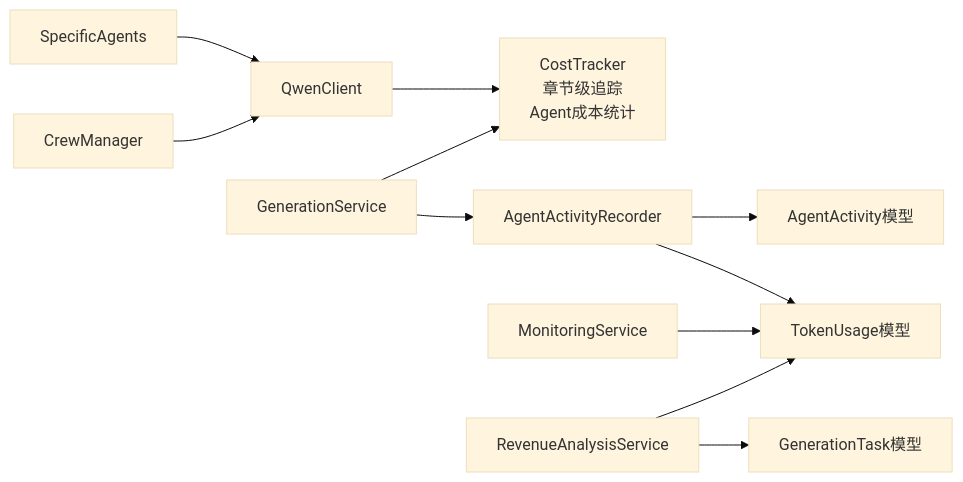
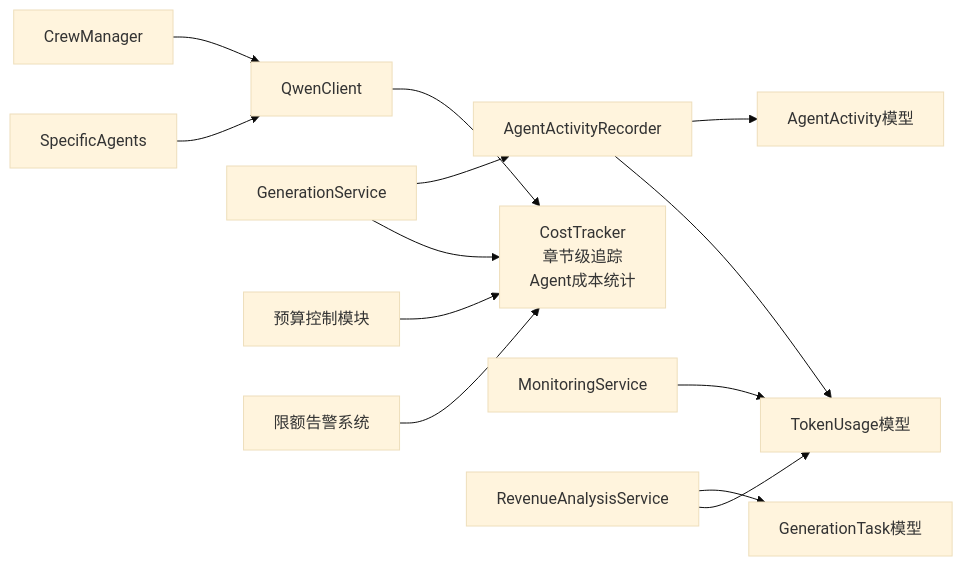
Before and after one commit to xfbyxq/ai-novel-system: the tenth of 10 diagrams in .qoder/repowiki/zh/content/LLM集成架构/成本追踪系统.md, drawn with Mermaid (base theme). The commit also changed other lines of this file and 1 other file, not shown here.

First line of the commit message:
feat(cost-control): 新增预算控制与限额告警系统设计

````diff
--- a/.qoder/repowiki/zh/content/LLM集成架构/成本追踪系统.md
+++ b/.qoder/repowiki/zh/content/LLM集成架构/成本追踪系统.md
@@ -462,13 +553,15 @@
 ```mermaid
 graph LR
 SpecificAgents["SpecificAgents"] --> QwenClient["QwenClient"]
 CrewManager["CrewManager"] --> QwenClient
 QwenClient --> CostTracker["CostTracker<br/>章节级追踪<br/>Agent成本统计"]
 GenerationService["GenerationService"] --> CostTracker
 GenerationService --> AgentActivityRecorder["AgentActivityRecorder"]
 AgentActivityRecorder --> TokenUsage["TokenUsage模型"]
 AgentActivityRecorder --> AgentActivity["AgentActivity模型"]
 MonitoringService["MonitoringService"] --> TokenUsage
 RevenueAnalysisService["RevenueAnalysisService"] --> TokenUsage
 RevenueAnalysisService --> GenerationTask["GenerationTask模型"]
+BudgetControl["预算控制模块"] --> CostTracker
+AlertSystem["限额告警系统"] --> CostTracker
 ```
````
